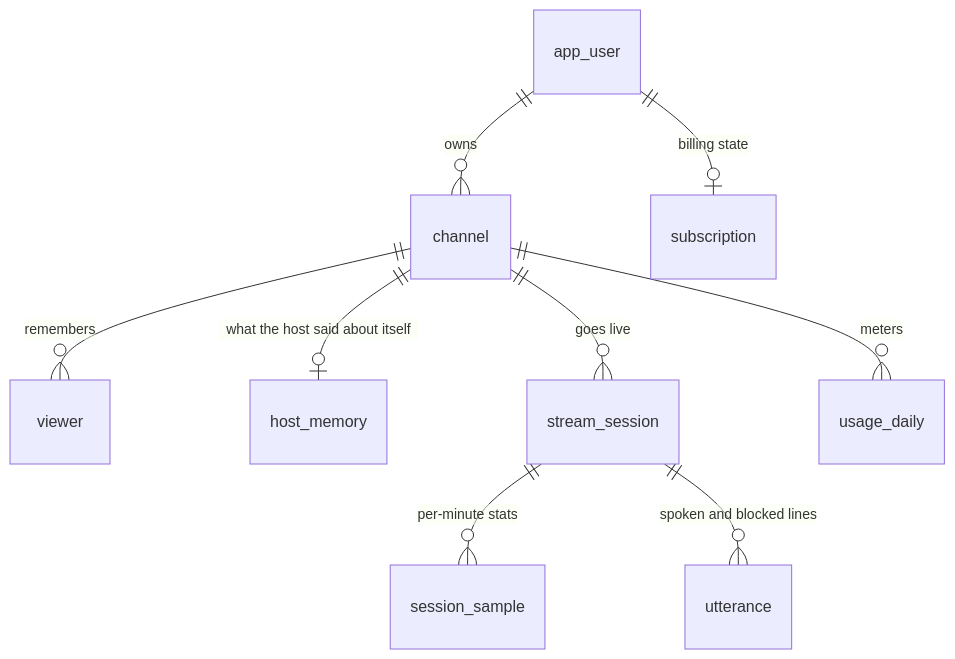
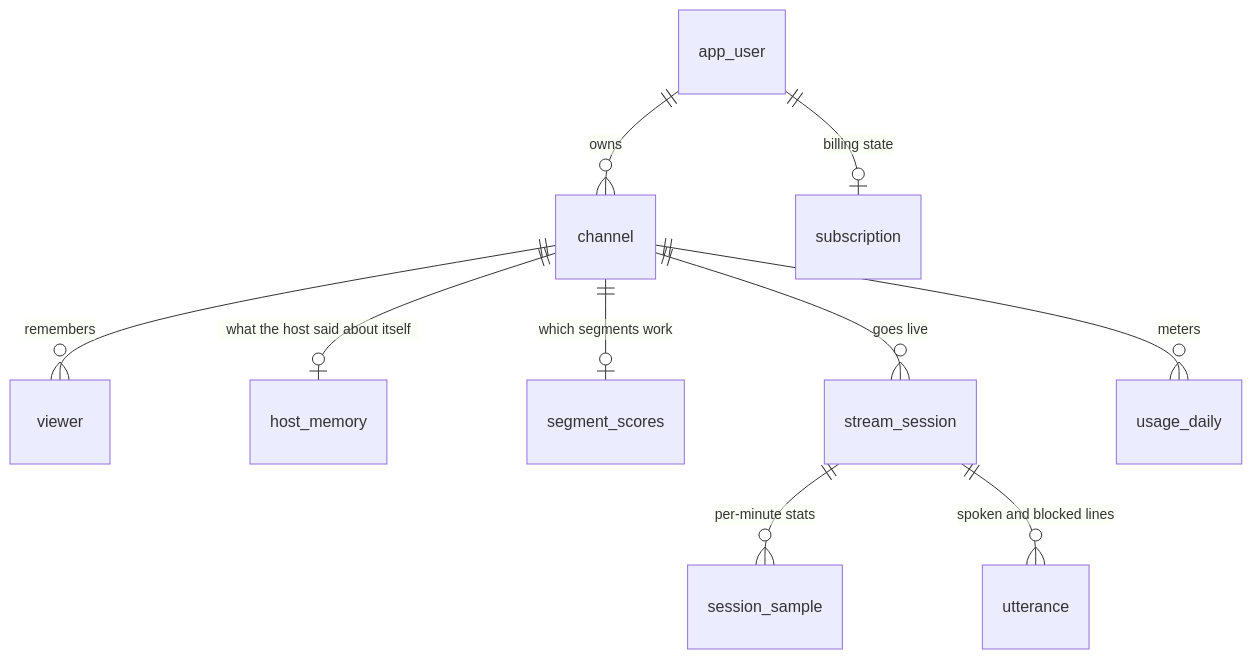
One commit to mariajunqueiramirandas-cpu/tik-live changed the sixth of 6 diagrams in docs/architecture/overview.md. Above: the diagram before and after it, drawn with Mermaid. The commit also changed 22 other files, not shown here.

````diff
--- a/docs/architecture/overview.md
+++ b/docs/architecture/overview.md
@@ -203,11 +203,12 @@
 ```mermaid
 erDiagram
   app_user ||--o{ channel : owns
   app_user ||--o| subscription : "billing state"
   channel ||--o{ viewer : remembers
   channel ||--o| host_memory : "what the host said about itself"
+  channel ||--o| segment_scores : "which segments work"
   channel ||--o{ stream_session : "goes live"
   stream_session ||--o{ session_sample : "per-minute stats"
   stream_session ||--o{ utterance : "spoken and blocked lines"
   channel ||--o{ usage_daily : meters
 ```
````
